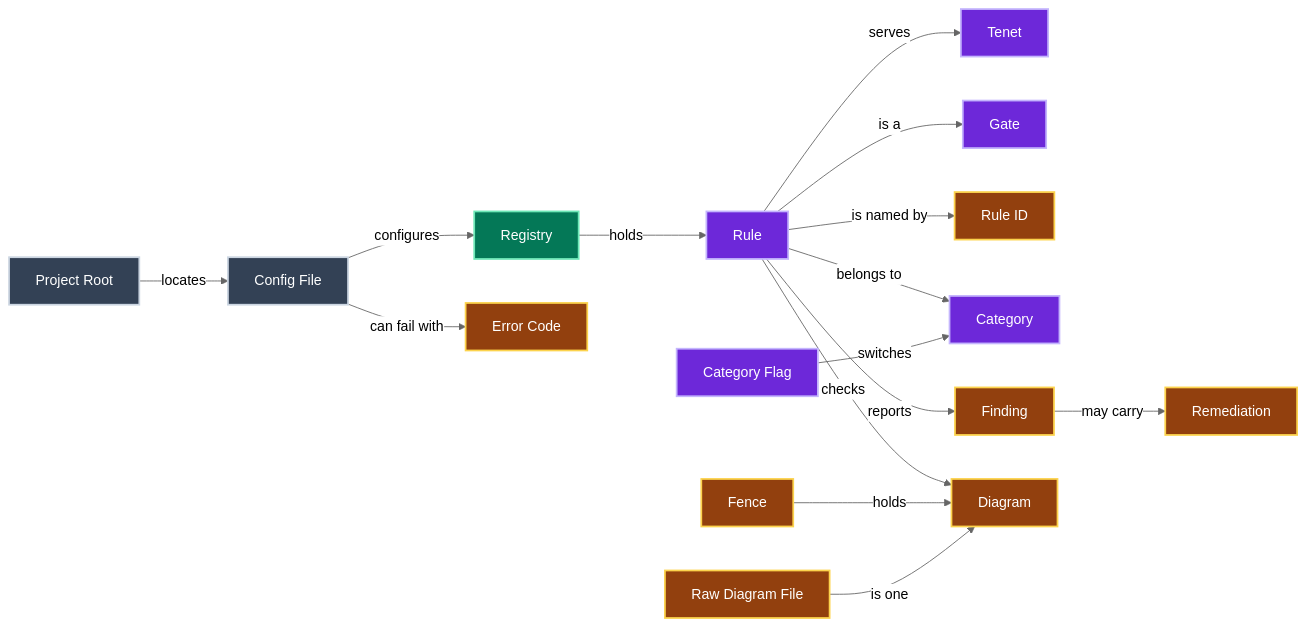
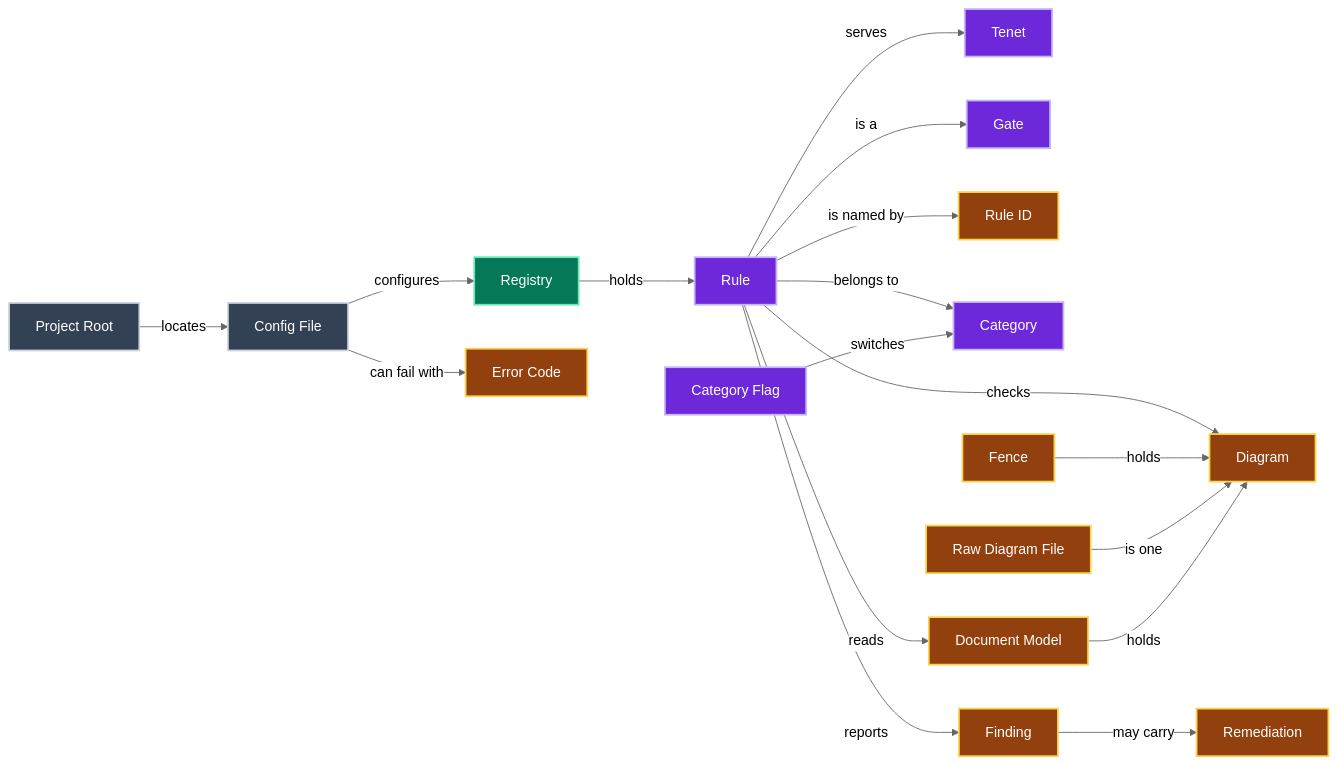
Before and after one commit to jpeakai/jpai-mermaidjs-lint: the first of 5 diagrams in GLOSSARY.md, drawn with Mermaid (neutral theme). The commit also changed other lines of this file, not shown here.

````diff
--- a/GLOSSARY.md
+++ b/GLOSSARY.md
@@ -12,40 +12,43 @@
 ```mermaid
 flowchart LR
     TEN["Tenet"]:::rule
     GAT["Gate"]:::rule
     RUL["Rule"]:::rule
     RID["Rule ID"]:::info
     CAT["Category"]:::rule
     CFL["Category Flag"]:::rule
     FND["Finding"]:::info
     REM["Remediation"]:::info
     DIA["Diagram"]:::info
     FEN["Fence"]:::info
     RAW["Raw Diagram File"]:::info
     REG["Registry"]:::pipeline
     CFG["Config File"]:::record
     PRT["Project Root"]:::record
     ERR["Error Code"]:::info
+    DMD["Document Model"]:::info
 
     RUL -- serves --> TEN
     RUL -- is a --> GAT
     RUL -- is named by --> RID
     RUL -- belongs to --> CAT
     CFL -- switches --> CAT
     RUL -- checks --> DIA
     RUL -- reports --> FND
     FND -- may carry --> REM
     FEN -- holds --> DIA
     RAW -- is one --> DIA
     REG -- holds --> RUL
     CFG -- configures --> REG
     PRT -- locates --> CFG
     CFG -- can fail with --> ERR
+    RUL -- reads --> DMD
+    DMD -- holds --> DIA
 
     classDef people    fill:#1e40af,stroke:#93c5fd,color:#fff,stroke-width:2px
     classDef info      fill:#92400e,stroke:#fcd34d,color:#fff,stroke-width:2px
     classDef rule      fill:#6d28d9,stroke:#c4b5fd,color:#fff,stroke-width:2px
     classDef forbidden fill:#b91c1c,stroke:#fca5a5,color:#fff,stroke-width:2px
     classDef pipeline  fill:#047857,stroke:#6ee7b7,color:#fff,stroke-width:2px
     classDef record    fill:#334155,stroke:#cbd5e1,color:#fff,stroke-width:2px
 ```
````
